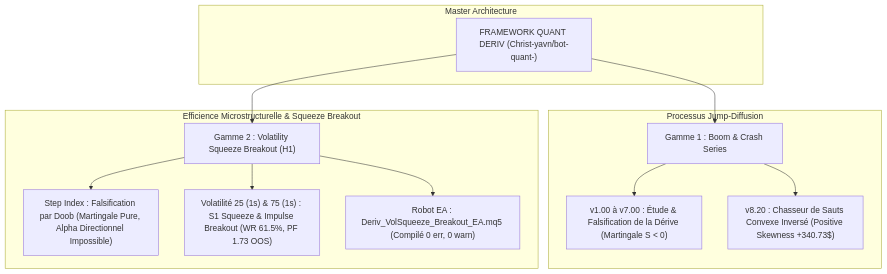
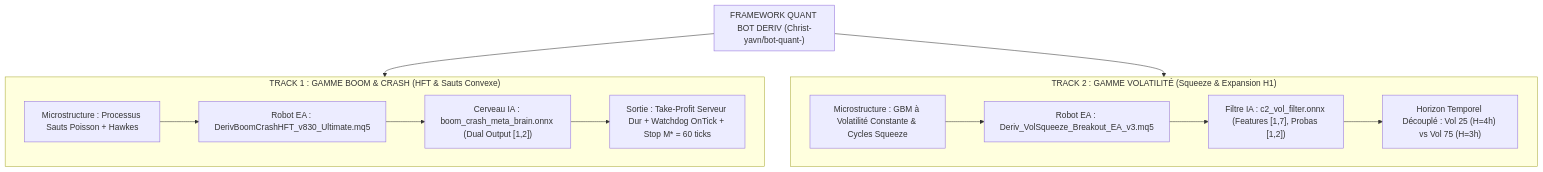
One commit to Christ-yavn/bot-quant- changed the diagram in README.md. Above: the diagram before and after it, drawn with Mermaid. The commit also changed other lines of this file and 5 other files, not shown here.

````diff
--- a/README.md
+++ b/README.md
@@ -28,22 +29,25 @@
 ```mermaid
 flowchart TD
-    subgraph Master Architecture
-        ROOT["FRAMEWORK QUANT DERIV (Christ-yavn/bot-quant-)"]
+    subgraph Master["FRAMEWORK QUANT BOT DERIV (Christ-yavn/bot-quant-)"]
+        direction TB
     end
 
-    subgraph TRACK 1: Gamme Boom & Crash [Processus Jump-Diffusion]
-        T1["Gamme 1 : Boom & Crash Series"]
-        T1 --> T1_A["v1.00 à v7.00 : Étude & Falsification de la Dérive (Martingale S < 0)"]
-        T1 --> T1_B["v8.20 : Chasseur de Sauts Convexe Inversé (Positive Skewness +340.73$)"]
+    subgraph Track1["TRACK 1 : GAMME BOOM & CRASH (HFT & Sauts Convexe)"]
+        T1_M["Microstructure : Processus Sauts Poisson + Hawkes"]
+        T1_E["Robot EA : DerivBoomCrashHFT_v830_Ultimate.mq5"]
+        T1_AI["Cerveau IA : boom_crash_meta_brain.onnx (Dual Output [1,2])"]
+        T1_Risk["Sortie : Take-Profit Serveur Dur + Watchdog OnTick + Stop M* = 60 ticks"]
+        T1_M --> T1_E --> T1_AI --> T1_Risk
     end
 
-    subgraph TRACK 2: Gamme Volatilité H1 [Efficience Microstructurelle & Squeeze Breakout]
-        T2["Gamme 2 : Volatility Squeeze Breakout (H1)"]
-        T2 --> T2_A["Step Index : Falsification par Doob (Martingale Pure, Alpha Directionnel Impossible)"]
-        T2 --> T2_B["Volatilité 25 (1s) & 75 (1s) : S1 Squeeze & Impulse Breakout (WR 61.5%, PF 1.73 OOS)"]
-        T2 --> T2_C["Robot EA : Deriv_VolSqueeze_Breakout_EA.mq5 (Compilé 0 err, 0 warn)"]
+    subgraph Track2["TRACK 2 : GAMME VOLATILITÉ (Squeeze & Expansion H1)"]
+        T2_M["Microstructure : GBM à Volatilité Constante & Cycles Squeeze"]
+        T2_E["Robot EA : Deriv_VolSqueeze_Breakout_EA_v3.mq5"]
+        T2_AI["Filtre IA : c2_vol_filter.onnx (Features [1,7], Probas [1,2])"]
+        T2_Decay["Horizon Temporel Découplé : Vol 25 (H=4h) vs Vol 75 (H=3h)"]
+        T2_M --> T2_E --> T2_AI --> T2_Decay
     end
 
-    ROOT --> T1
-    ROOT --> T2
+    Master --> Track1
+    Master --> Track2
 ```
````
